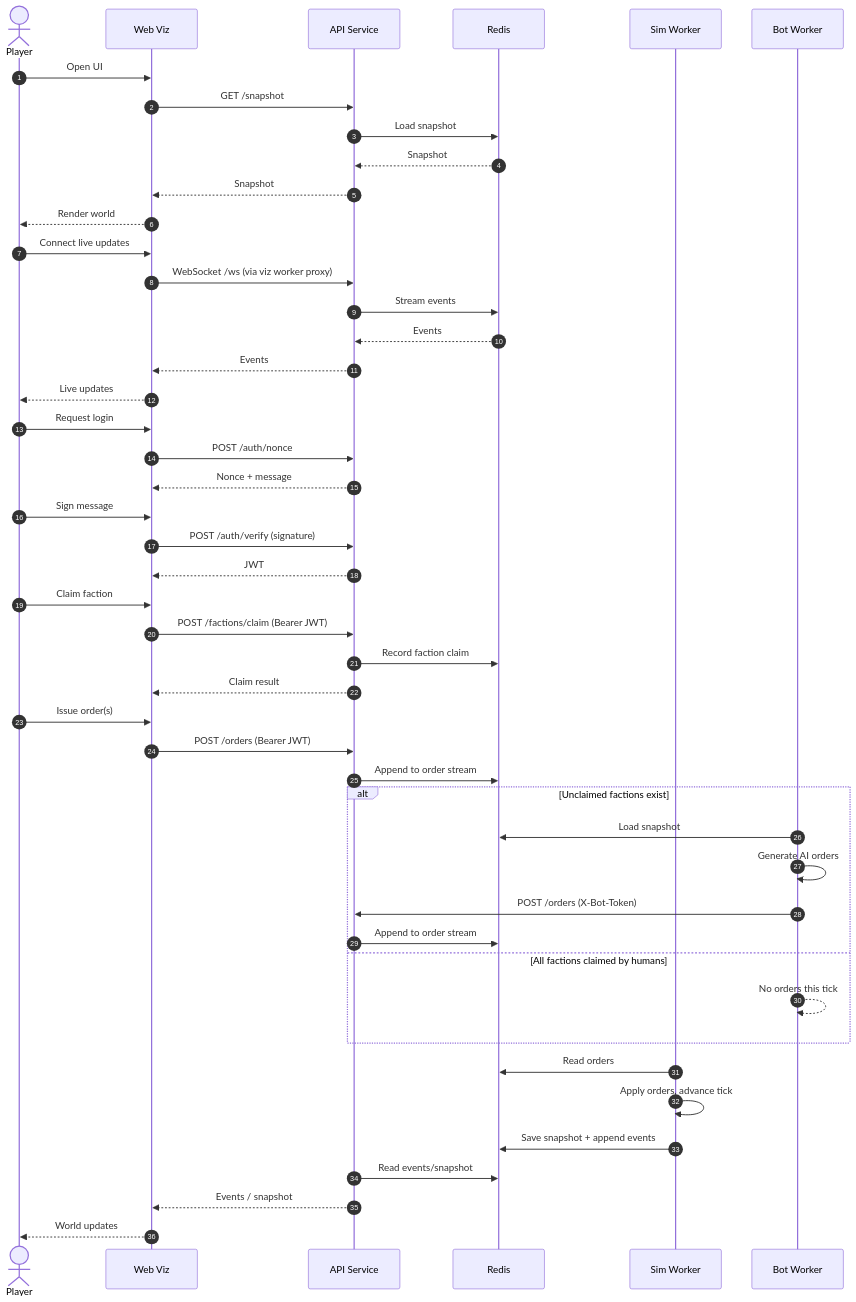
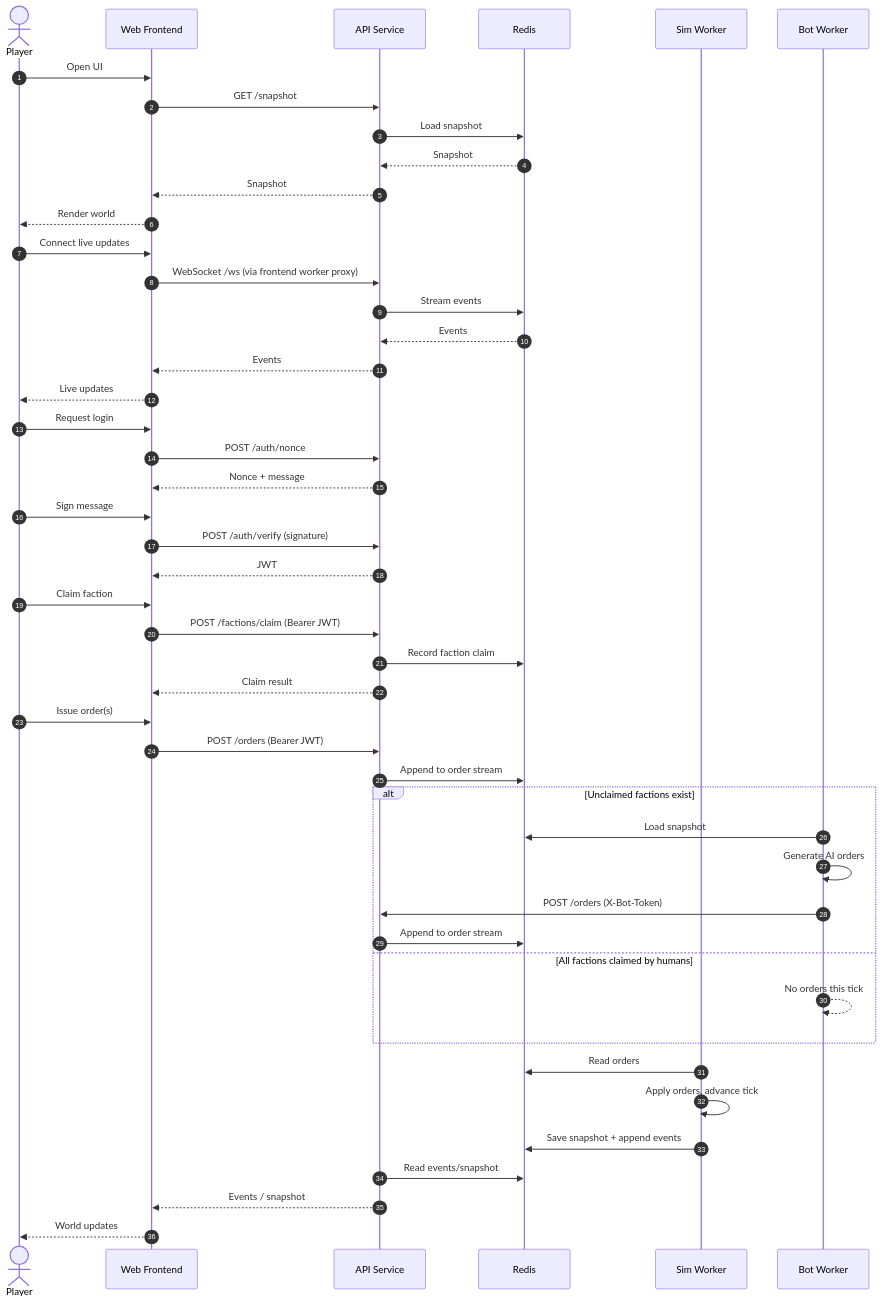
Before and after one commit to jseketa-fipu/sector: the first of 4 diagrams in README.md, drawn with Mermaid. The commit also changed other lines of this file and 8 other files, not shown here.

Commit message:
Refactored everything from viz to frontend.

````diff
--- a/README.md
+++ b/README.md
@@ -119,56 +119,56 @@
 ```mermaid
 sequenceDiagram
   autonumber
   actor Player
-  participant Viz as Web Viz
+  participant Frontend as Web Frontend
   participant API as API Service
   participant Redis as Redis
   participant Sim as Sim Worker
   participant Bot as Bot Worker
 
-  Player->>Viz: Open UI
-  Viz->>API: GET /snapshot
+  Player->>Frontend: Open UI
+  Frontend->>API: GET /snapshot
   API->>Redis: Load snapshot
   Redis-->>API: Snapshot
-  API-->>Viz: Snapshot
-  Viz-->>Player: Render world
+  API-->>Frontend: Snapshot
+  Frontend-->>Player: Render world
 
-  Player->>Viz: Connect live updates
-  Viz->>API: WebSocket /ws (via viz worker proxy)
+  Player->>Frontend: Connect live updates
+  Frontend->>API: WebSocket /ws (via frontend worker proxy)
   API->>Redis: Stream events
   Redis-->>API: Events
-  API-->>Viz: Events
-  Viz-->>Player: Live updates
+  API-->>Frontend: Events
+  Frontend-->>Player: Live updates
 
-  Player->>Viz: Request login
-  Viz->>API: POST /auth/nonce
-  API-->>Viz: Nonce + message
-  Player->>Viz: Sign message
-  Viz->>API: POST /auth/verify (signature)
-  API-->>Viz: JWT
+  Player->>Frontend: Request login
+  Frontend->>API: POST /auth/nonce
+  API-->>Frontend: Nonce + message
+  Player->>Frontend: Sign message
+  Frontend->>API: POST /auth/verify (signature)
+  API-->>Frontend: JWT
 
-  Player->>Viz: Claim faction
-  Viz->>API: POST /factions/claim (Bearer JWT)
+  Player->>Frontend: Claim faction
+  Frontend->>API: POST /factions/claim (Bearer JWT)
   API->>Redis: Record faction claim
-  API-->>Viz: Claim result
+  API-->>Frontend: Claim result
 
-  Player->>Viz: Issue order(s)
-  Viz->>API: POST /orders (Bearer JWT)
+  Player->>Frontend: Issue order(s)
+  Frontend->>API: POST /orders (Bearer JWT)
   API->>Redis: Append to order stream
 
   alt Unclaimed factions exist
     Bot->>Redis: Load snapshot
     Bot->>Bot: Generate AI orders
     Bot->>API: POST /orders (X-Bot-Token)
     API->>Redis: Append to order stream
   else All factions claimed by humans
     Bot-->>Bot: No orders this tick
   end
 
   Sim->>Redis: Read orders
   Sim->>Sim: Apply orders, advance tick
   Sim->>Redis: Save snapshot + append events
   API->>Redis: Read events/snapshot
-  API-->>Viz: Events / snapshot
-  Viz-->>Player: World updates
+  API-->>Frontend: Events / snapshot
+  Frontend-->>Player: World updates
 ```
````
